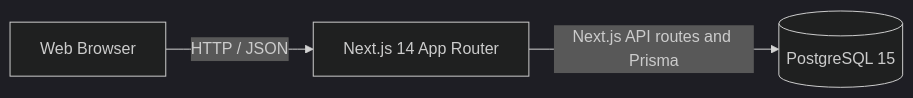
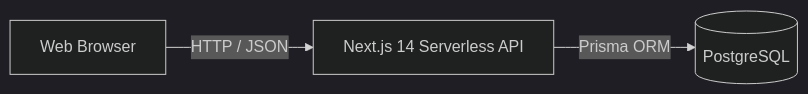
Before and after one commit to CyberSurgeon01/OiTesla: the first of 2 diagrams in README.md, drawn with Mermaid (dark theme). The commit also changed other lines of this file, not shown here.

Commit message:
docs: completely rewrite README to reflect Next.js serverless architecture, broadcast model, and rating features

````diff
--- a/README.md
+++ b/README.md
@@ -36,5 +32,5 @@
 ```mermaid
 flowchart LR
-    Browser[Web Browser] -->|HTTP / JSON| NextJS[Next.js 14 App Router]
-    NextJS -->|Next.js API routes and Prisma| Postgres[(PostgreSQL 15)]
+    Browser[Web Browser] -->|HTTP / JSON| NextJS[Next.js 14 Serverless API]
+    NextJS -->|Prisma ORM| Postgres[(PostgreSQL)]
 ```
````
